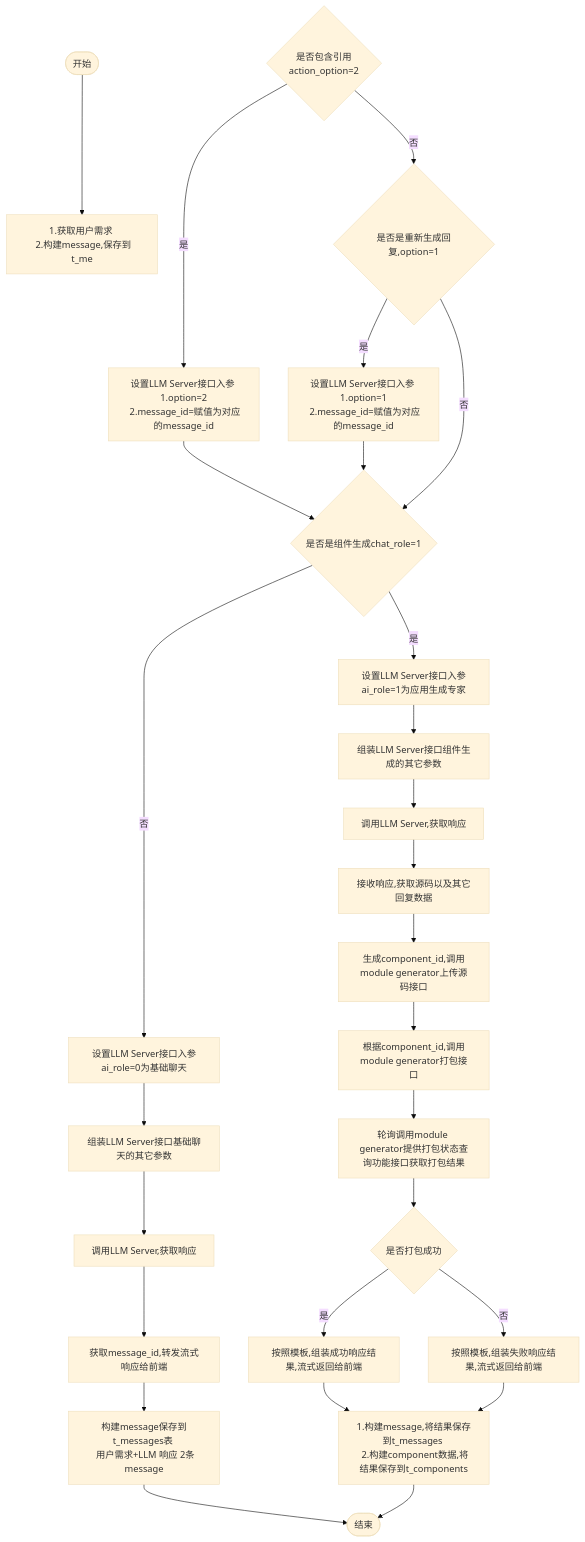
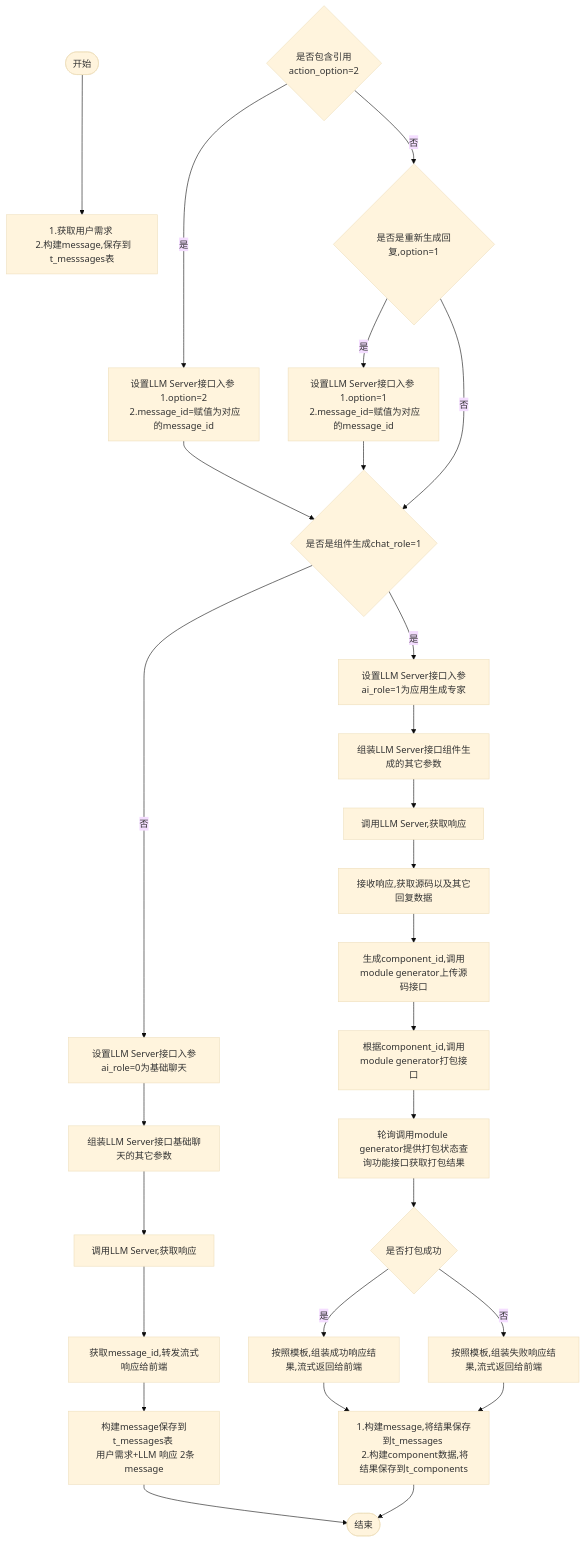
One commit to yingjianzh/iodraw-files changed the diagram in all/w3-会话-不需要传递message.md. Above: the diagram before and after it, drawn with Mermaid (base theme).

Commit message:
2024-10-15 14:18:57 update

````diff
--- a/all/w3-会话-不需要传递message.md
+++ b/all/w3-会话-不需要传递message.md
@@ -1,34 +1,35 @@
 ```mermaid
 flowchart TD
-    A([开始]) --> B[1.获取用户需求 \n 2.构建message,保存到t_me]
+    A([开始]) --> B[1.获取用户需求 \n 2.构建message,保存到t_messsages表]
+    
     D{是否包含引用 \n action_option=2}
     D -- 是 --> E[设置LLM Server接口入参 \n 1.option=2 \n 2.message_id=赋值为对应的message_id]
     D -- 否 --> F{是否是重新生成回复,option=1}
     F -- 是 --> G[设置LLM Server接口入参 \n 1.option=1 \n 2.message_id=赋值为对应的message_id]
     F -- 否 --> I
      
     E & G --> I{是否是组件生成chat_role=1}
     I -- 否 --> K[设置LLM Server接口入参ai_role=0为基础聊天]
     I -- 是 --> J[设置LLM Server接口入参ai_role=1为应用生成专家]
     
 
     J --> L[组装LLM Server接口组件生成的其它参数]    
     K --> M[组装LLM Server接口基础聊天的其它参数]    
     M --> N[调用LLM Server,获取响应]    
     N --> O[获取message_id,转发流式响应给前端]
     O --> P[构建message保存到t_messages表 \n 用户需求+LLM 响应 2条message]
     P --> R([结束])
 
 
     L --> S[调用LLM Server,获取响应]
     S --> T[接收响应,获取源码以及其它回复数据]
     T --> U[生成component_id,调用module generator上传源码接口]
     U --> V[根据component_id,调用module generator打包接口]
     V --> W[轮询调用module generator提供打包状态查询功能接口获取打包结果]
     W --> X{是否打包成功}
     X -- 是 --> Y[按照模板,组装成功响应结果,流式返回给前端]
     X -- 否 --> Z[按照模板,组装失败响应结果,流式返回给前端]
 
     Y & Z --> Result[1.构建message,将结果保存到t_messages \n 2.构建component数据,将结果保存到t_components]
     Result --> R
 ```
````
